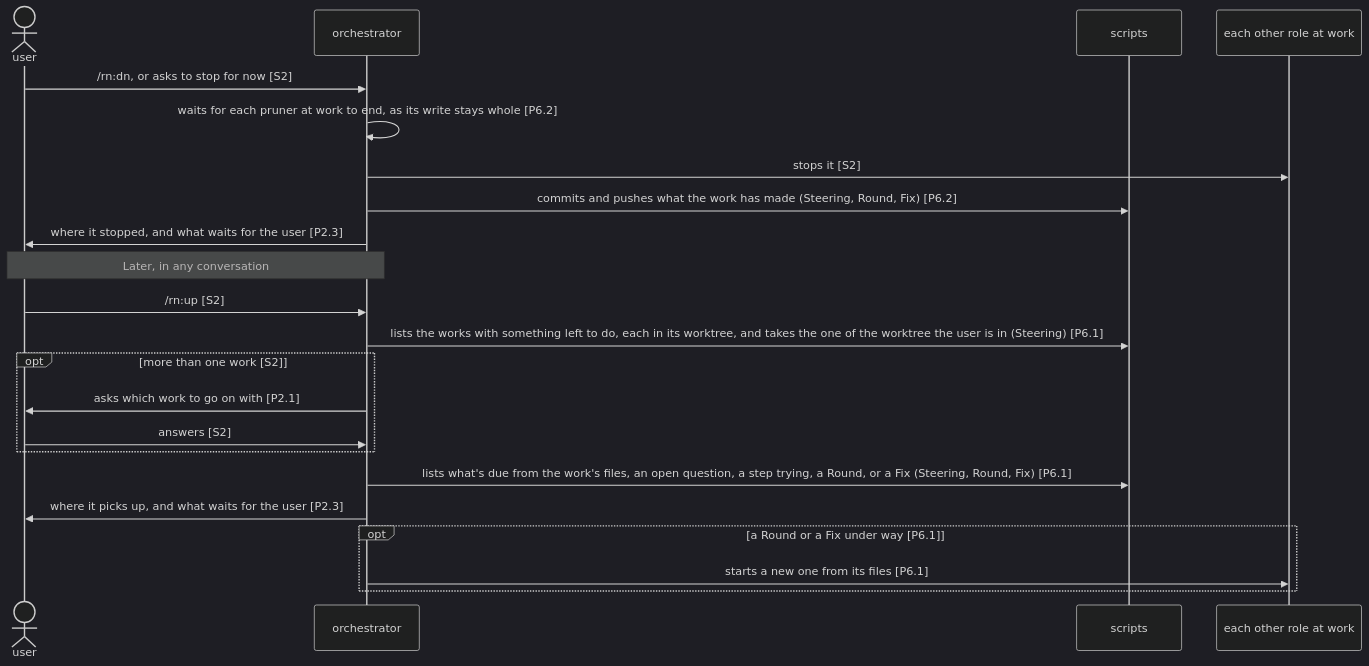
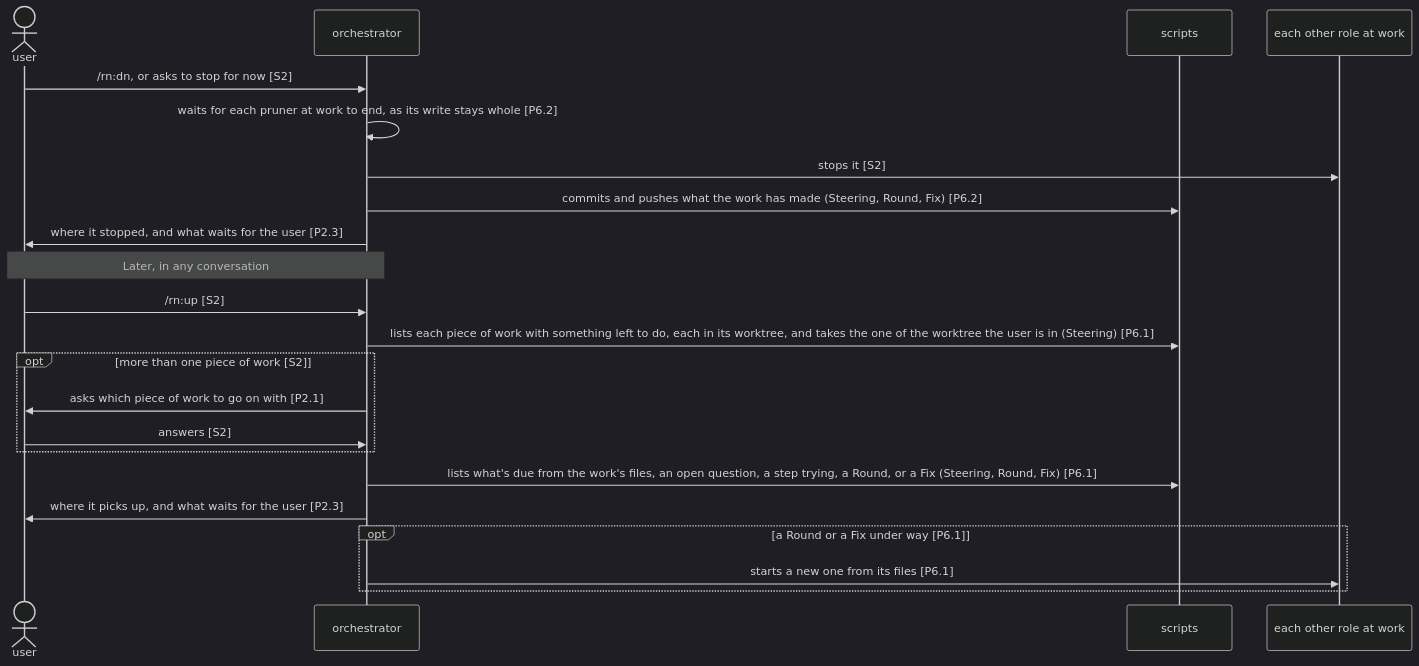
The second of 3 diagrams in dev/rn/architecture.md (lovaizu/ccpm), drawn with Mermaid (dark theme) before and after one commit. The commit also changed other lines of this file and 30 other files, not shown here.

````diff
--- a/dev/rn/architecture.md
+++ b/dev/rn/architecture.md
@@ -329,24 +332,24 @@
 ```mermaid
 sequenceDiagram
   actor U as user
   participant O as orchestrator
   participant S as scripts
   participant W as each other role at work
   U->>O: /rn:dn, or asks to stop for now [S2]
   O->>O: waits for each pruner at work to end, as its write stays whole [P6.2]
   O->>W: stops it [S2]
   O->>S: commits and pushes what the work has made (Steering, Round, Fix) [P6.2]
   O->>U: where it stopped, and what waits for the user [P2.3]
   Note over U,O: Later, in any conversation
   U->>O: /rn:up [S2]
-  O->>S: lists the works with something left to do, each in its worktree, and takes the one of the worktree the user is in (Steering) [P6.1]
-  opt more than one work [S2]
-    O->>U: asks which work to go on with [P2.1]
+  O->>S: lists each piece of work with something left to do, each in its worktree, and takes the one of the worktree the user is in (Steering) [P6.1]
+  opt more than one piece of work [S2]
+    O->>U: asks which piece of work to go on with [P2.1]
     U->>O: answers [S2]
   end
   O->>S: lists what's due from the work's files, an open question, a step trying, a Round, or a Fix (Steering, Round, Fix) [P6.1]
   O->>U: where it picks up, and what waits for the user [P2.3]
   opt a Round or a Fix under way [P6.1]
     O->>W: starts a new one from its files [P6.1]
   end
 ```
````
